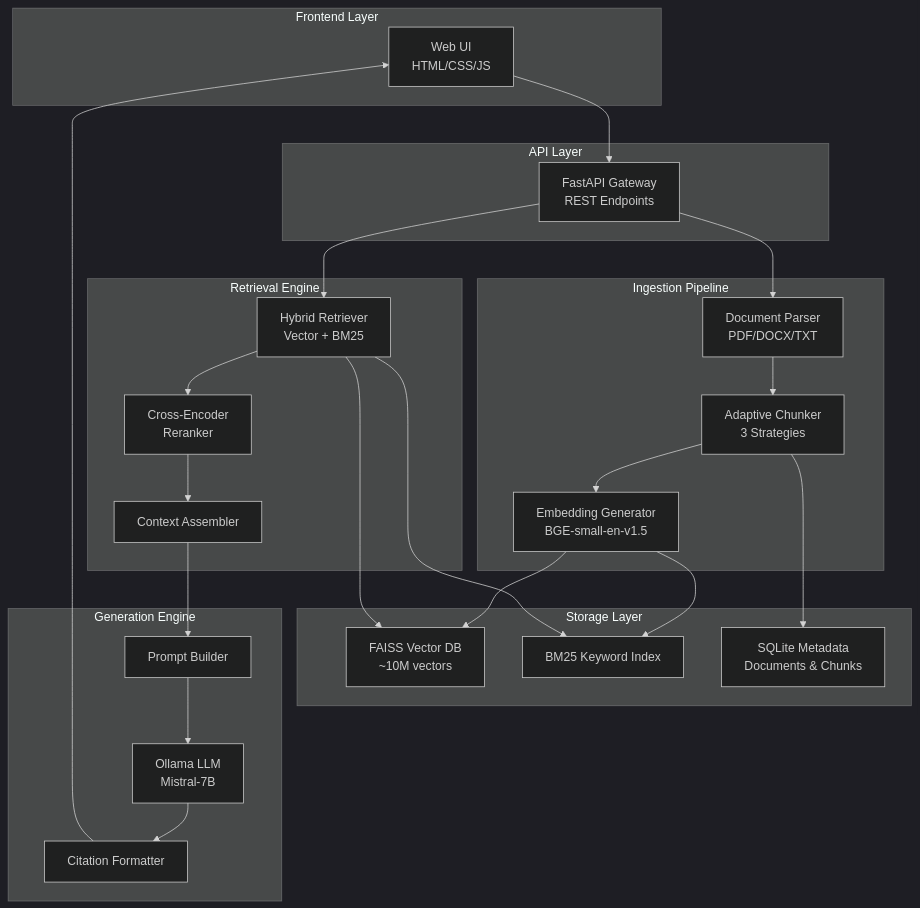
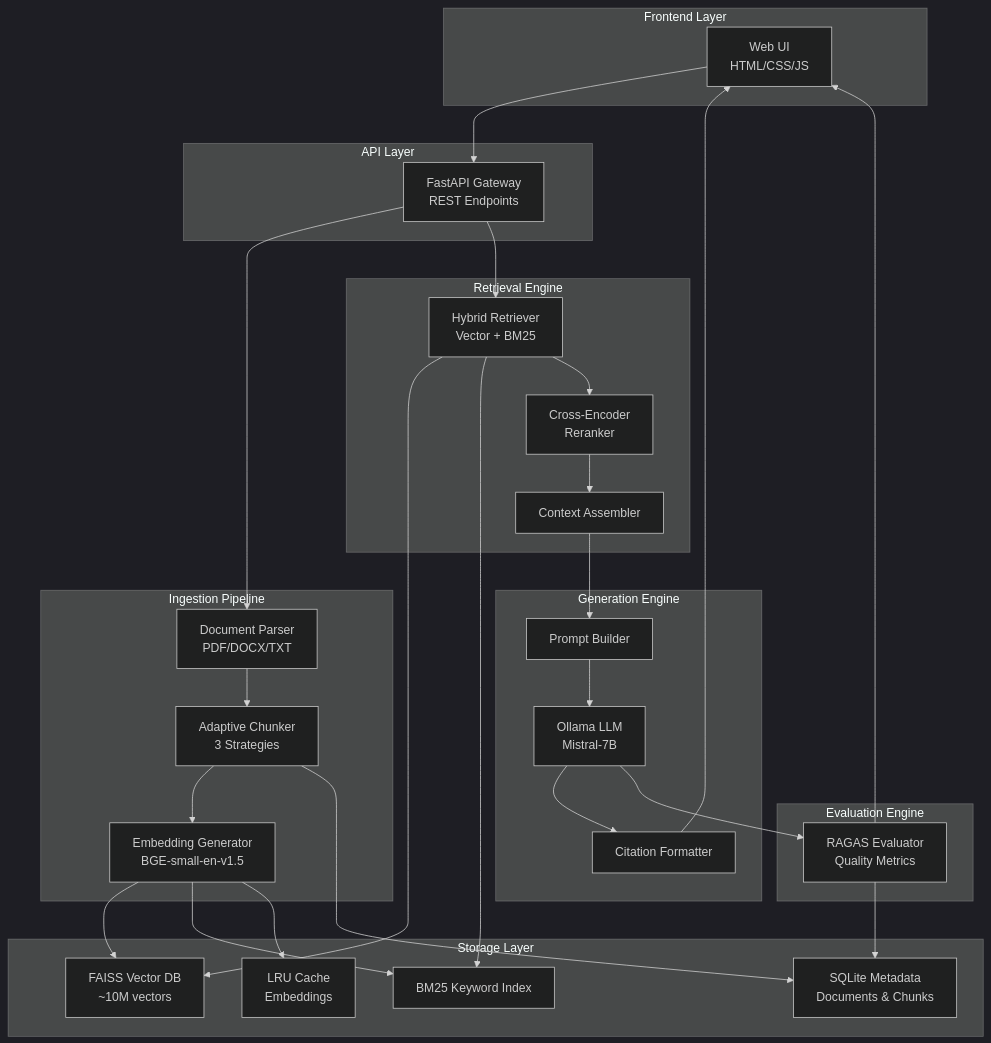
One commit to satyaki-mitra/docu-vault-ai changed the second of 4 diagrams in README.md. Above: the diagram before and after it, drawn with Mermaid (dark theme). The commit also changed other lines of this file, not shown here.

Commit message:
README updated with evaluation module

````diff
--- a/README.md
+++ b/README.md
@@ -109,53 +112,63 @@
 ```mermaid
 graph TB
     subgraph "Frontend Layer"
         A[Web UI<br/>HTML/CSS/JS]
     end
     
     subgraph "API Layer"
         B[FastAPI Gateway<br/>REST Endpoints]
     end
     
     subgraph "Ingestion Pipeline"
         C[Document Parser<br/>PDF/DOCX/TXT]
         D[Adaptive Chunker<br/>3 Strategies]
         E[Embedding Generator<br/>BGE-small-en-v1.5]
     end
     
     subgraph "Storage Layer"
         F[FAISS Vector DB<br/>~10M vectors]
         G[BM25 Keyword Index]
         H[SQLite Metadata<br/>Documents & Chunks]
+        I[LRU Cache<br/>Embeddings]
     end
     
     subgraph "Retrieval Engine"
-        I[Hybrid Retriever<br/>Vector + BM25]
-        J[Cross-Encoder<br/>Reranker]
-        K[Context Assembler]
+        J[Hybrid Retriever<br/>Vector + BM25]
+        K[Cross-Encoder<br/>Reranker]
+        L[Context Assembler]
     end
     
     subgraph "Generation Engine"
-        L[Ollama LLM<br/>Mistral-7B]
-        M[Prompt Builder]
-        N[Citation Formatter]
+        M[Ollama LLM<br/>Mistral-7B]
+        N[Prompt Builder]
+        O[Citation Formatter]
+    end
+    
+    subgraph "Evaluation Engine"
+        P[RAGAS Evaluator<br/>Quality Metrics]
     end
     
     A --> B
     B --> C
     C --> D
     D --> E
     E --> F
     E --> G
     D --> H
+    E --> I
     
-    B --> I
-    I --> F
-    I --> G
-    I --> J
+    B --> J
+    J --> F
+    J --> G
     J --> K
+    K --> L
     
-    K --> M
-    M --> L
     L --> N
-    N --> A
+    N --> M
+    M --> O
+    O --> A
+    
+    M --> P
+    P --> H
+    P --> A
 ```
````
